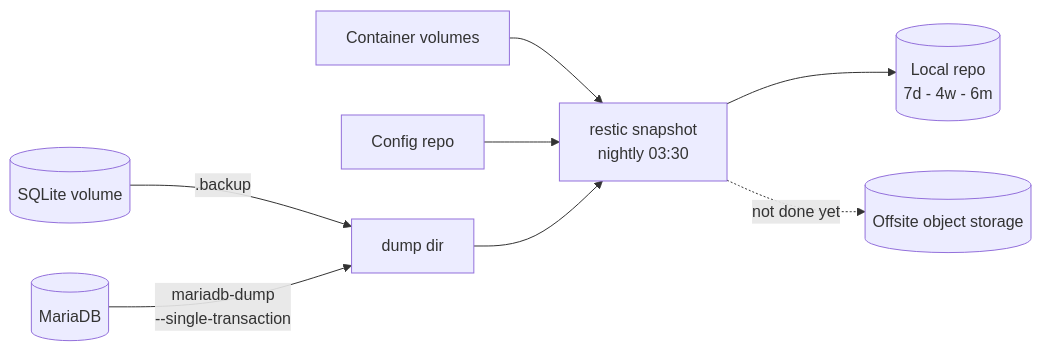
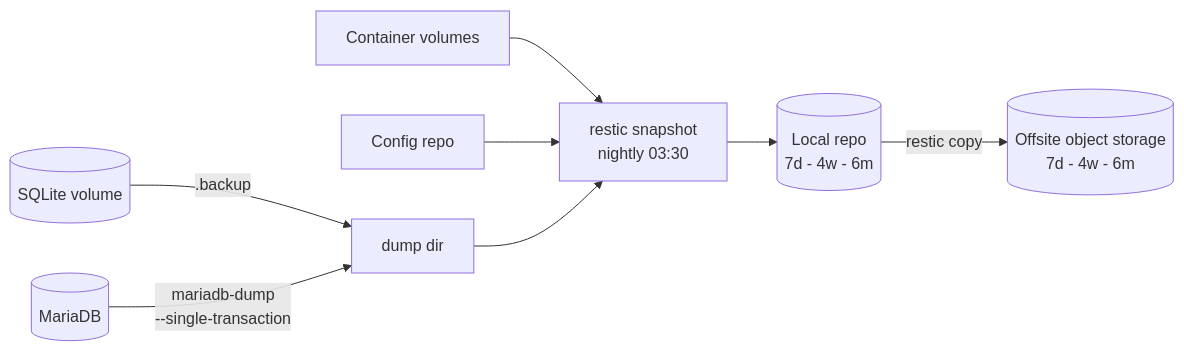
Before and after one commit to lucavieiram/self-hosted-stack: the fourth of 4 diagrams in README.md, drawn with Mermaid. The commit also changed other lines of this file and 1 other file, not shown here.

Commit message:
offsite mirror is done: decision 9, and the README no longer says otherwise

````diff
--- a/README.md
+++ b/README.md
@@ -96,10 +97,10 @@
 ```mermaid
 graph LR
     sqlite[("SQLite volume")] -->|".backup"| dumps["dump dir"]
     maria[("MariaDB")] -->|"mariadb-dump<br/>--single-transaction"| dumps
     vols["Container volumes"] --> snap["restic snapshot<br/>nightly 03:30"]
     conf["Config repo"] --> snap
     dumps --> snap
     snap --> local[("Local repo<br/>7d - 4w - 6m")]
-    snap -.->|"not done yet"| off[("Offsite object storage")]
+    local -->|"restic copy"| off[("Offsite object storage<br/>7d - 4w - 6m")]
 ```
````
